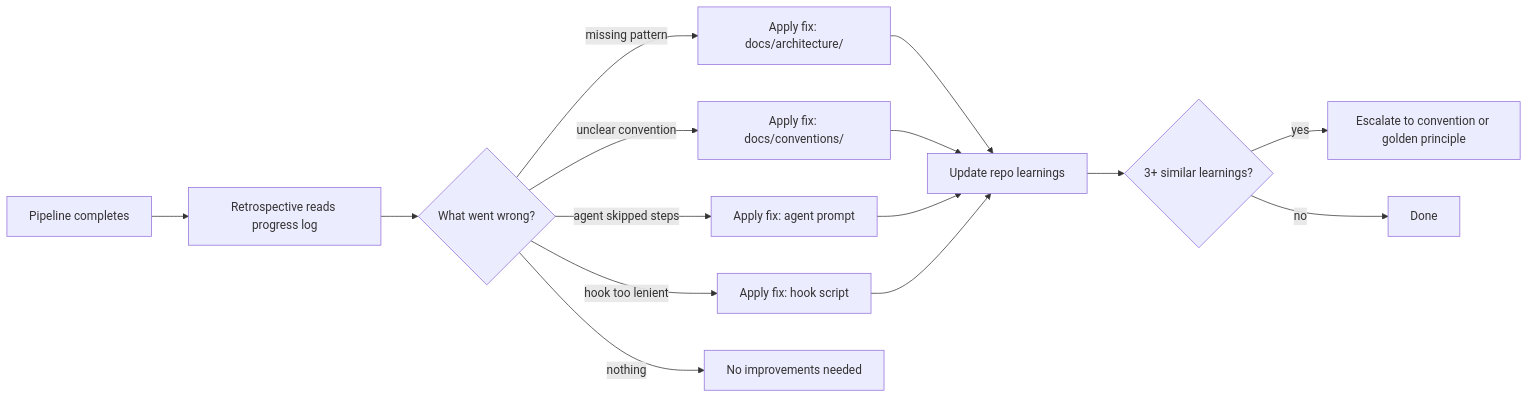
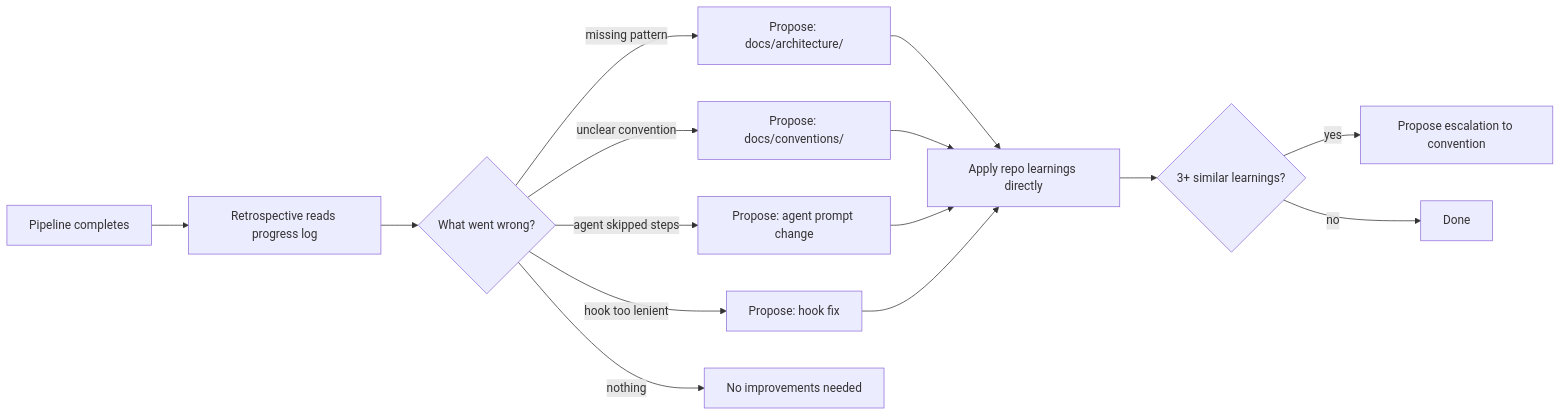
The second of 2 diagrams in README.md (workos/case), drawn with Mermaid before and after one commit. The commit also changed other lines of this file and 5 other files, not shown here.

````diff
--- a/README.md
+++ b/README.md
@@ -134,17 +134,17 @@
 ```mermaid
 graph LR
     A["Pipeline completes"] --> B["Retrospective reads progress log"]
     B --> C{"What went wrong?"}
-    C -->|missing pattern| D["Apply fix: docs/architecture/"]
-    C -->|unclear convention| E["Apply fix: docs/conventions/"]
-    C -->|agent skipped steps| F["Apply fix: agent prompt"]
-    C -->|hook too lenient| G["Apply fix: hook script"]
+    C -->|missing pattern| D["Propose: docs/architecture/"]
+    C -->|unclear convention| E["Propose: docs/conventions/"]
+    C -->|agent skipped steps| F["Propose: agent prompt change"]
+    C -->|hook too lenient| G["Propose: hook fix"]
     C -->|nothing| H["No improvements needed"]
-    D --> I["Update repo learnings"]
+    D --> I["Apply repo learnings directly"]
     E --> I
     F --> I
     G --> I
     I --> J{"3+ similar learnings?"}
-    J -->|yes| K["Escalate to convention or golden principle"]
+    J -->|yes| K["Propose escalation to convention"]
     J -->|no| L["Done"]
 ```
````
